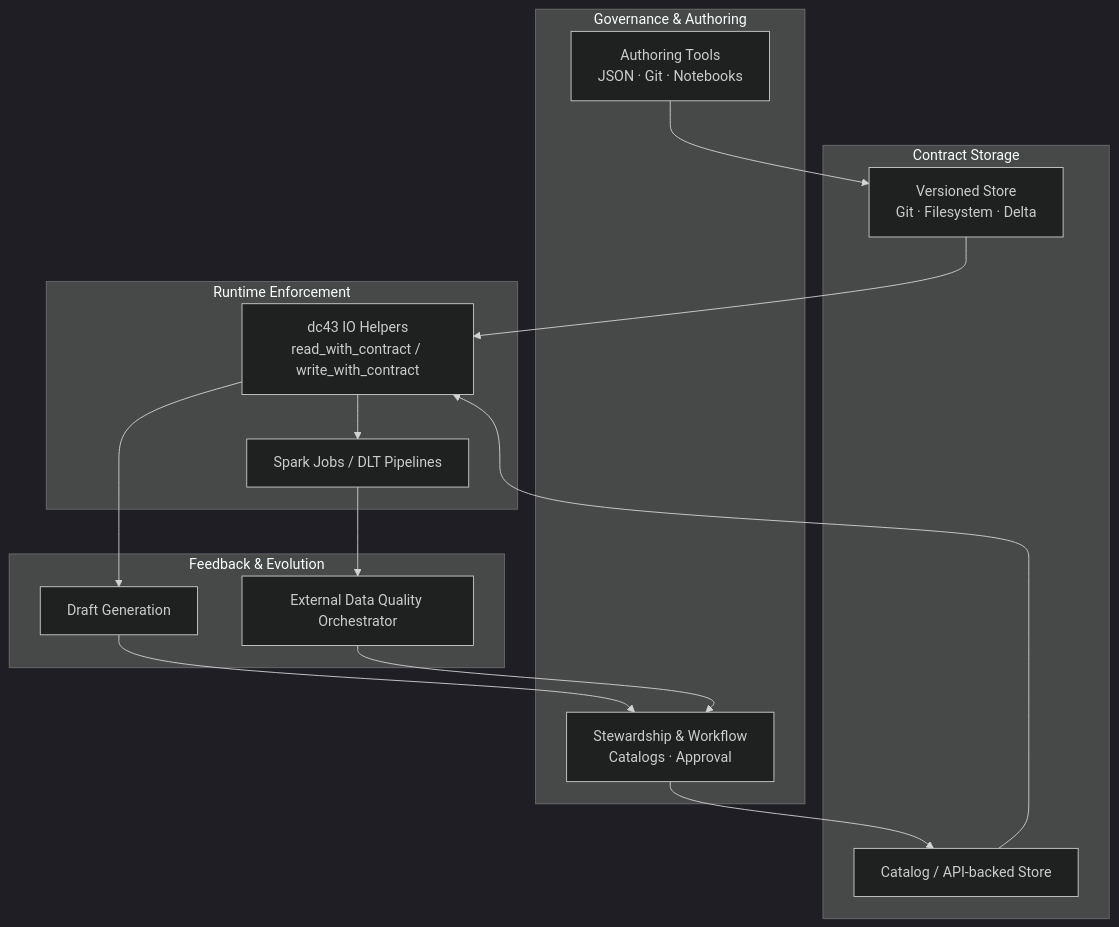
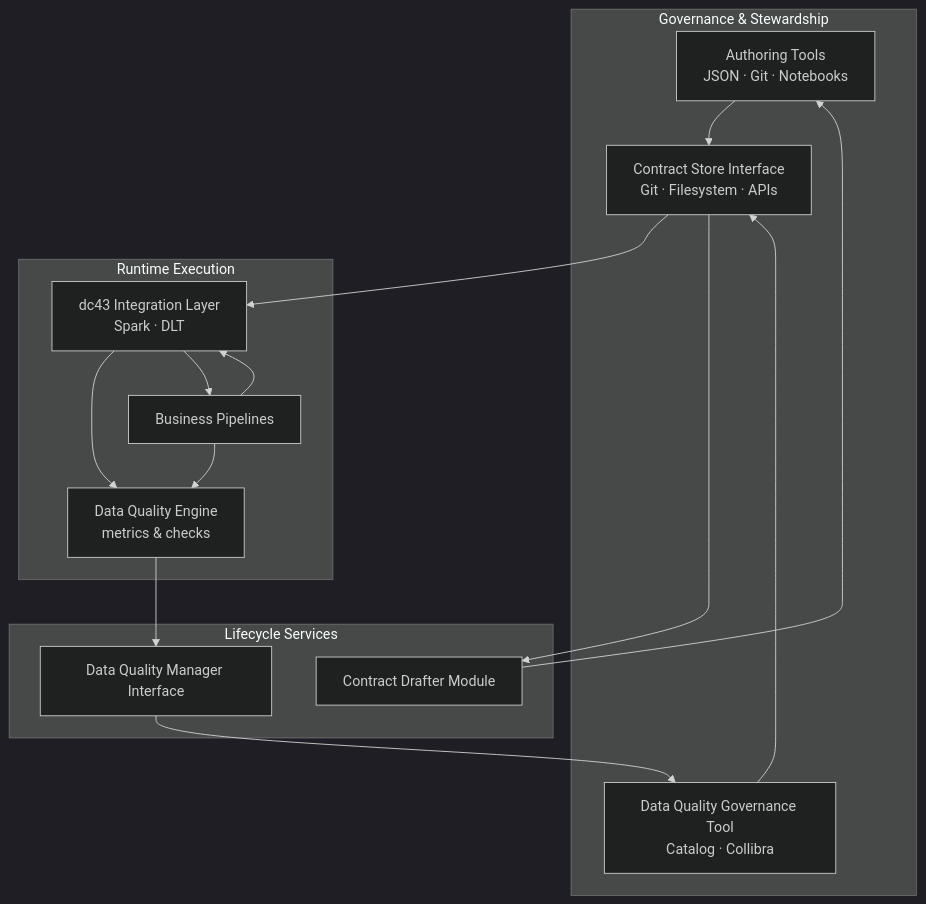
One commit to NextLab-SRL/dc43 changed the first of 2 diagrams in README.md. Above: the diagram before and after it, drawn with Mermaid (dark theme). The commit also changed other lines of this file and 22 other files, not shown here.

````diff
--- a/README.md
+++ b/README.md
@@ -25,32 +45,31 @@
 ```mermaid
 flowchart TD
-    subgraph Governance & Authoring
+    subgraph Governance & Stewardship
         Authoring["Authoring Tools<br/>JSON · Git · Notebooks"]
-        Stewardship["Stewardship & Workflow<br/>Catalogs · Approval"]
+        ContractStore["Contract Store Interface<br/>Git · Filesystem · APIs"]
+        DQTool["Data Quality Governance Tool<br/>Catalog · Collibra"]
     end
 
-    subgraph Contract Storage
-        Versioned["Versioned Store<br/>Git · Filesystem · Delta"]
-        Catalog["Catalog / API-backed Store"]
+    subgraph Lifecycle Services
+        DraftModule["Contract Drafter Module"]
+        DQManager["Data Quality Manager Interface"]
     end
 
-    subgraph Runtime Enforcement
-        IOHelpers["dc43 IO Helpers<br/>read_with_contract / write_with_contract"]
-        Pipelines["Spark Jobs / DLT Pipelines"]
+    subgraph Runtime Execution
+        DQEngine["Data Quality Engine<br/>metrics & checks"]
+        IOHelpers["dc43 Integration Layer<br/>Spark · DLT"]
+        Pipelines["Business Pipelines"]
     end
 
-    subgraph Feedback & Evolution
-        Drafts["Draft Generation"]
-        DQ["External Data Quality Orchestrator"]
-    end
-
-    Authoring --> Versioned
-    Stewardship --> Catalog
-    Versioned --> IOHelpers
-    Catalog --> IOHelpers
+    Authoring --> ContractStore
+    ContractStore --> IOHelpers
+    ContractStore --> DraftModule
+    DraftModule --> Authoring
+    IOHelpers --> DQEngine
+    DQEngine --> DQManager
+    DQManager --> DQTool
+    DQTool --> ContractStore
     IOHelpers --> Pipelines
-    IOHelpers --> Drafts
-    Pipelines --> DQ
-    Drafts --> Stewardship
-    DQ --> Stewardship
+    Pipelines --> IOHelpers
+    Pipelines --> DQEngine
 ```
````
